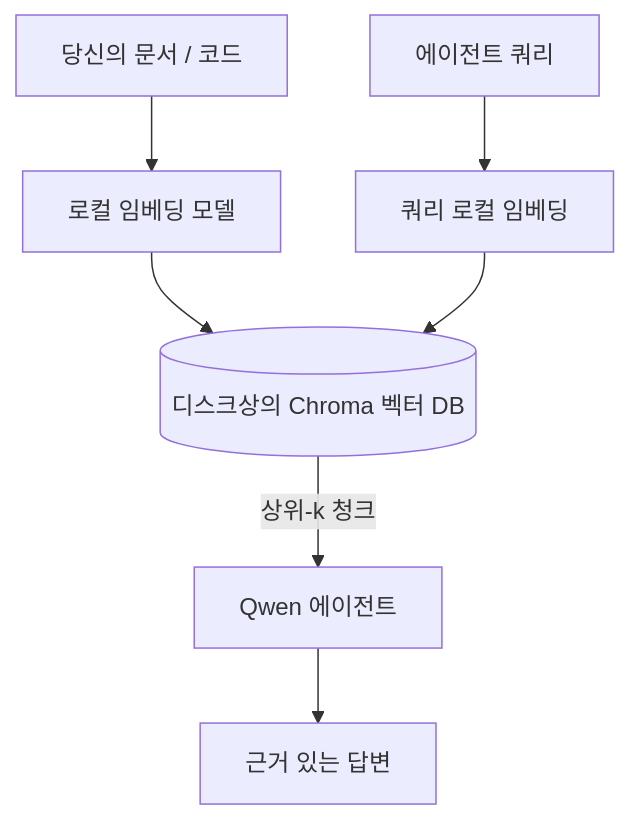
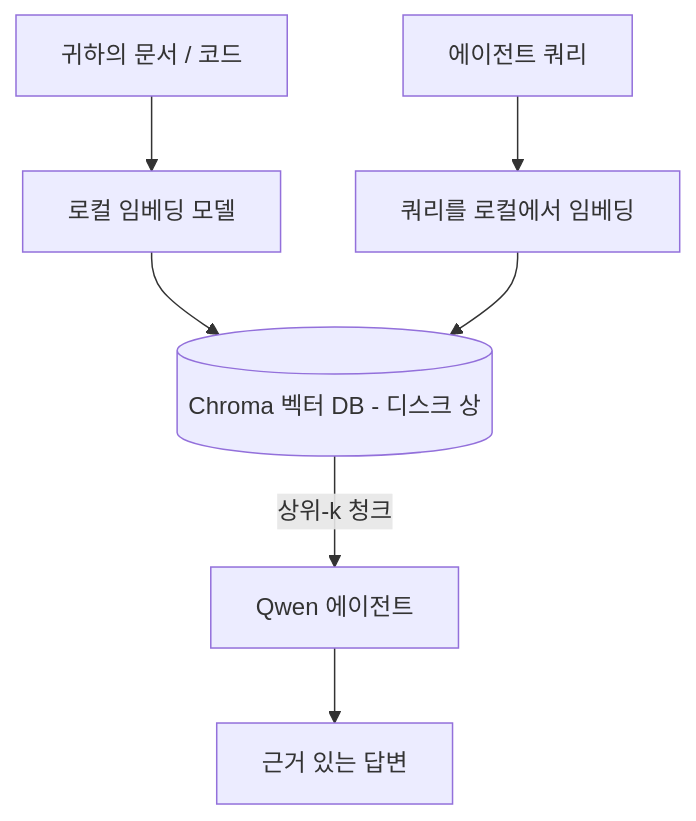
Before and after one commit to microsoft/ai-agents-for-beginners: the third of 4 diagrams in translations/ko/17-creating-local-ai-agents/README.md, drawn with Mermaid. The commit also changed other lines of this file and 46 other files, not shown here.

````diff
--- a/translations/ko/17-creating-local-ai-agents/README.md
+++ b/translations/ko/17-creating-local-ai-agents/README.md
@@ -125,9 +125,9 @@
 ```mermaid
 flowchart TB
-    D[당신의 문서 / 코드] --> E[로컬 임베딩 모델]
-    E --> V[(디스크상의 Chroma 벡터 DB)]
-    Q[에이전트 쿼리] --> QE[쿼리 로컬 임베딩]
+    D[귀하의 문서 / 코드] --> E[로컬 임베딩 모델]
+    E --> V[(Chroma 벡터 DB - 디스크 상)]
+    Q[에이전트 쿼리] --> QE[쿼리를 로컬에서 임베딩]
     QE --> V
     V -->|상위-k 청크| A[Qwen 에이전트]
     A --> Ans[근거 있는 답변]
 ```
````
